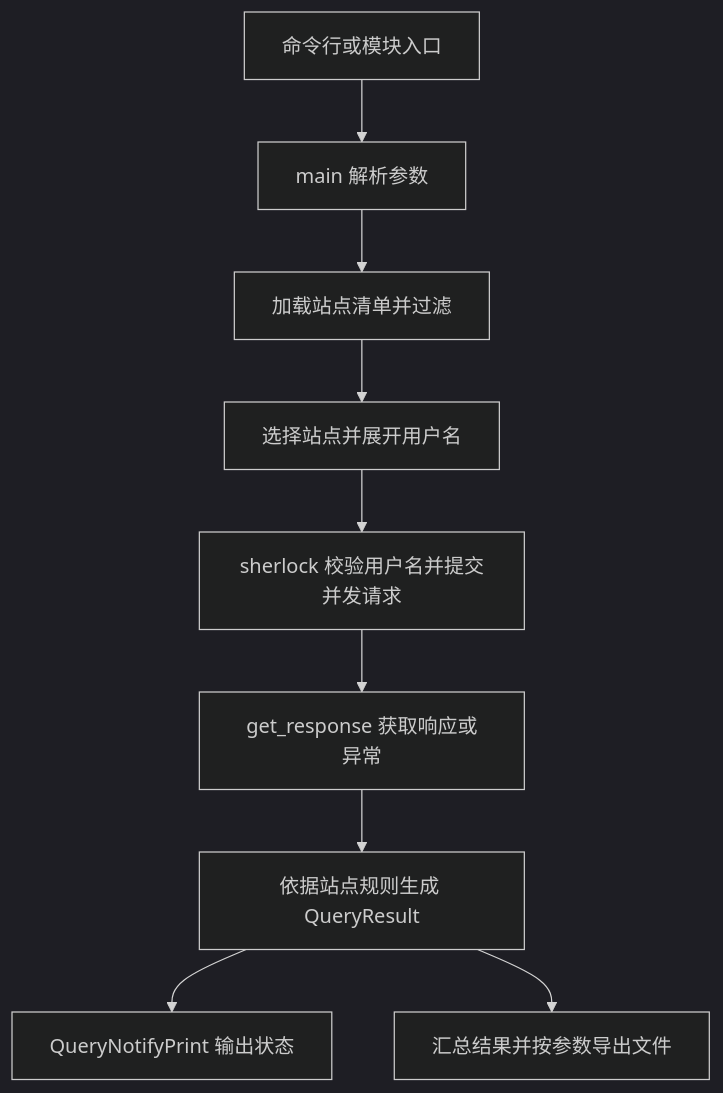
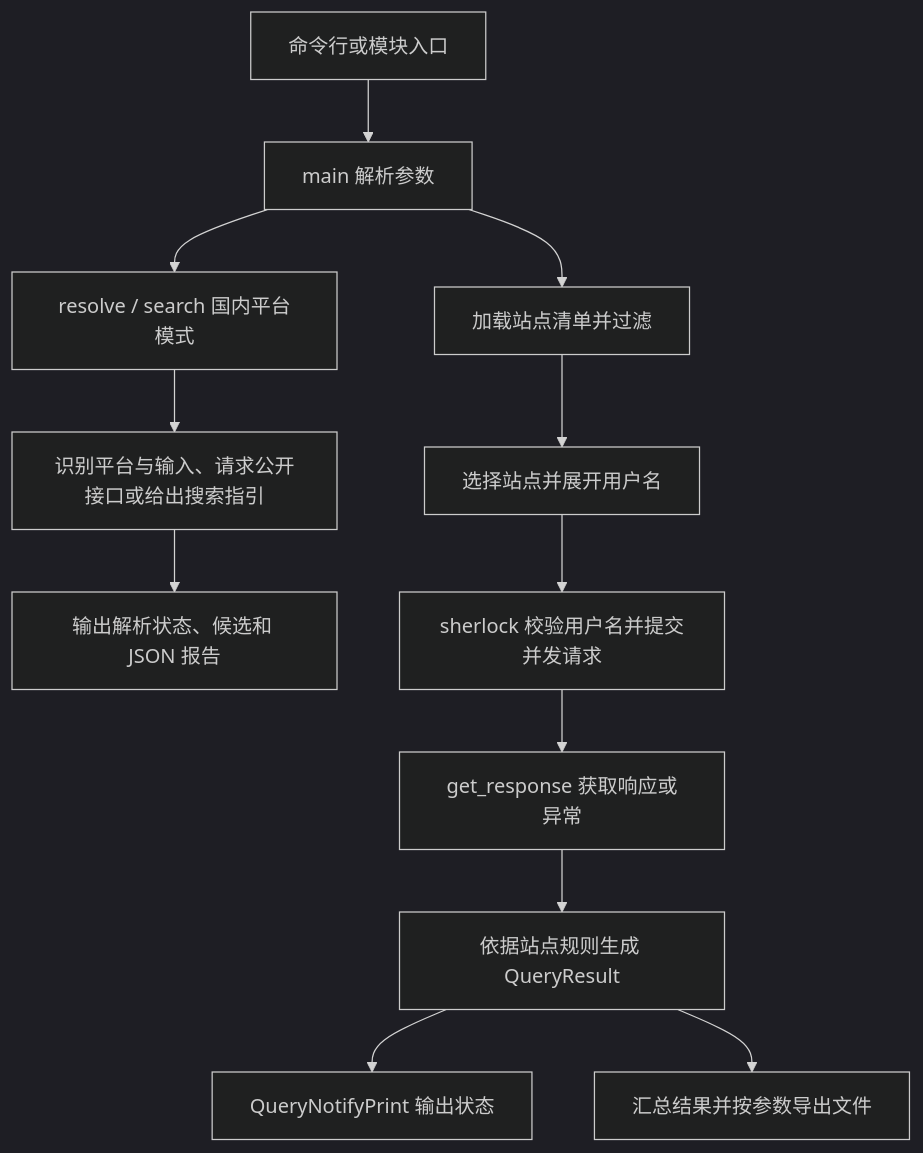
Before and after one commit to calm195/sherlock: the diagram in README.md, drawn with Mermaid (dark theme). The commit also changed other lines of this file and 11 other files, not shown here.

````diff
--- a/README.md
+++ b/README.md
@@ -167,11 +228,14 @@
 ```mermaid
 flowchart TD
     A[命令行或模块入口] --> B[main 解析参数]
     B --> C[加载站点清单并过滤]
+    B --> J[resolve / search 国内平台模式]
+    J --> K[识别平台与输入、请求公开接口或给出搜索指引]
+    K --> L[输出解析状态、候选和 JSON 报告]
     C --> D[选择站点并展开用户名]
     D --> E[sherlock 校验用户名并提交并发请求]
     E --> F[get_response 获取响应或异常]
     F --> G[依据站点规则生成 QueryResult]
     G --> H[QueryNotifyPrint 输出状态]
     G --> I[汇总结果并按参数导出文件]
 ```
````
